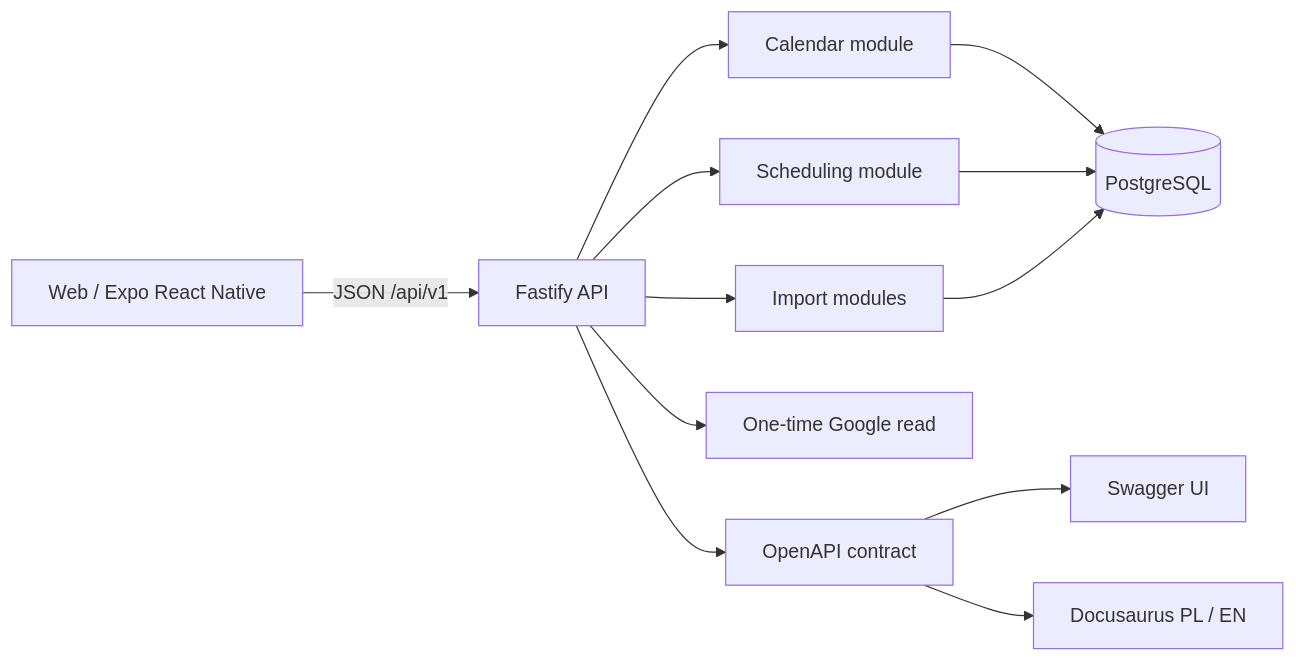
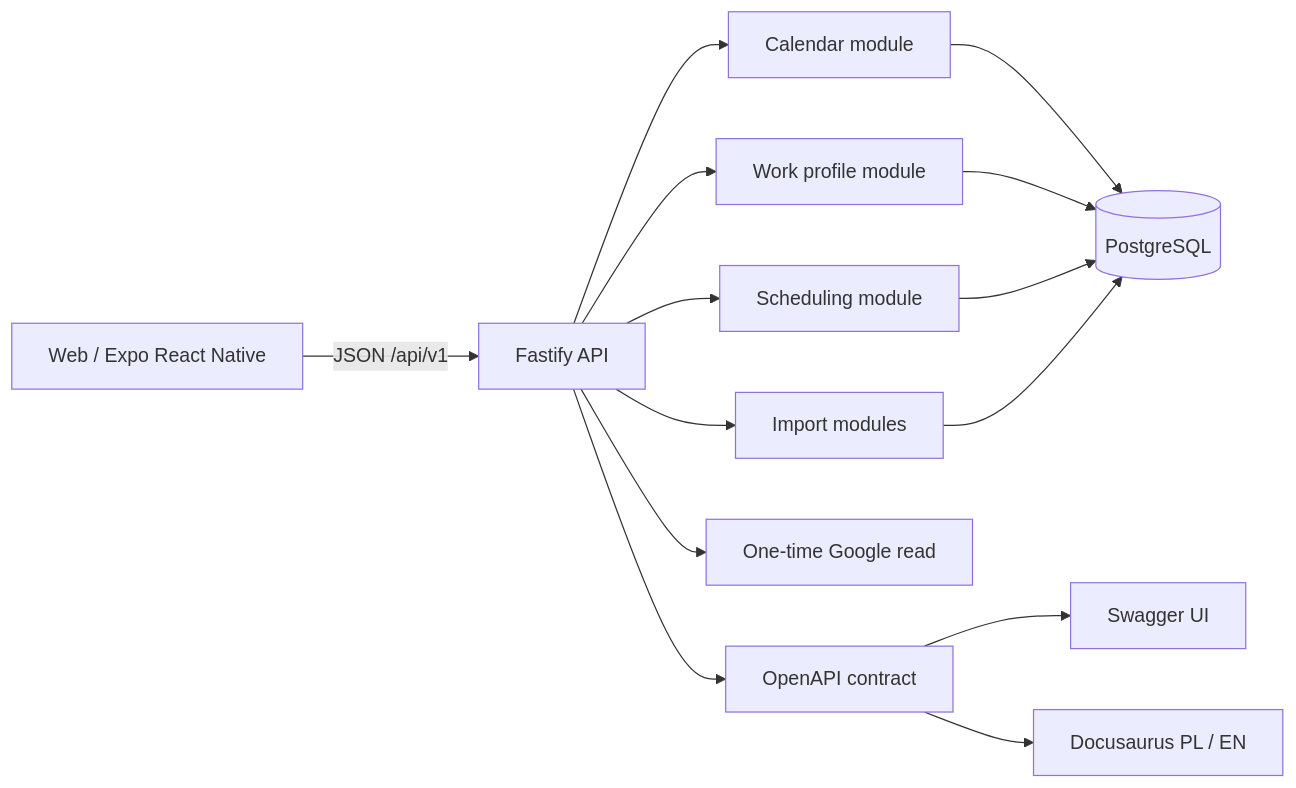
Before and after one commit to KarolNarozniak/KAC-demo: the diagram in docs-site/i18n/en/docusaurus-plugin-content-docs/current/architecture.md, drawn with Mermaid. The commit also changed other lines of this file and 32 other files, not shown here.

````diff
--- a/docs-site/i18n/en/docusaurus-plugin-content-docs/current/architecture.md
+++ b/docs-site/i18n/en/docusaurus-plugin-content-docs/current/architecture.md
@@ -12,14 +12,16 @@
 ```mermaid
 flowchart LR
   Browser[Web / Expo React Native] -->|JSON /api/v1| Api[Fastify API]
   Api --> Calendar[Calendar module]
+  Api --> Profile[Work profile module]
   Api --> Scheduling[Scheduling module]
   Api --> Imports[Import modules]
   Api --> Google[One-time Google read]
   Calendar --> Pg[(PostgreSQL)]
+  Profile --> Pg
   Scheduling --> Pg
   Imports --> Pg
   Api --> OpenAPI[OpenAPI contract]
   OpenAPI --> Swagger[Swagger UI]
   OpenAPI --> Docs[Docusaurus PL / EN]
 ```
````
